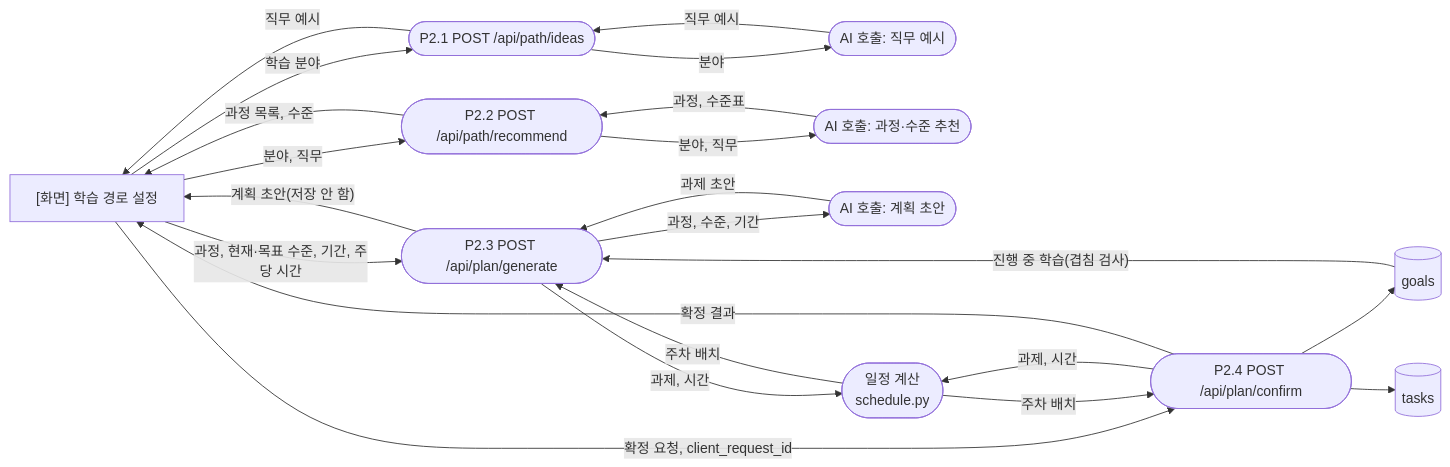
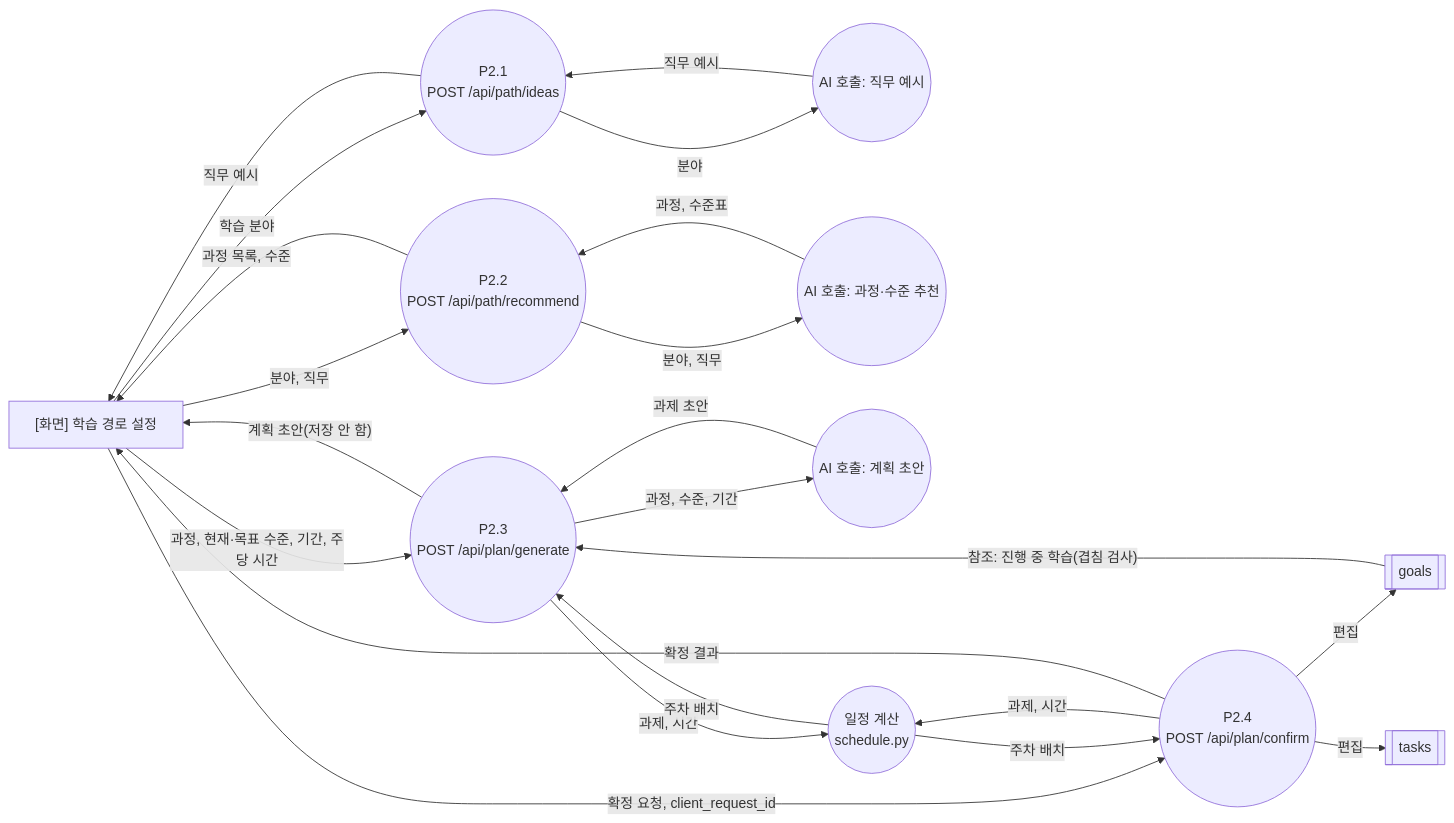
One commit to yong05610/ai-n-fprj changed the sixth of 13 diagrams in docs/architecture_dfd.md. Above: the diagram before and after it, drawn with Mermaid. The commit also changed other lines of this file, not shown here.

Commit message:
docs: DFD notation per user spec - level 0 context circle with organization terminals; level 1-2 circles, screen terminals, band data stores, curved flows labelled reference/edit

````diff
--- a/docs/architecture_dfd.md
+++ b/docs/architecture_dfd.md
@@ -309,36 +305,36 @@
 ```mermaid
+%%{init: {"flowchart": {"curve": "basis"}}}%%
 flowchart LR
     S["[화면] 학습 경로 설정"]
-    P21(["P2.1 POST /api/path/ideas"])
-    P22(["P2.2 POST /api/path/recommend"])
-    P23(["P2.3 POST /api/plan/generate"])
-    P24(["P2.4 POST /api/plan/confirm"])
-    A1(["AI 호출: 직무 예시"])
-    A2(["AI 호출: 과정·수준 추천"])
-    A3(["AI 호출: 계획 초안"])
-    SH(["일정 계산<br/>schedule.py"])
-    DG[("goals")]
-    DT[("tasks")]
-
+    P21(("P2.1<br/>POST /api/path/ideas"))
+    P22(("P2.2<br/>POST /api/path/recommend"))
+    P23(("P2.3<br/>POST /api/plan/generate"))
+    P24(("P2.4<br/>POST /api/plan/confirm"))
+    A1(("AI 호출: 직무 예시"))
+    A2(("AI 호출: 과정·수준 추천"))
+    A3(("AI 호출: 계획 초안"))
+    SH(("일정 계산<br/>schedule.py"))
+    DG[["goals"]]
+    DT[["tasks"]]
     S -->|"학습 분야"| P21
     P21 -->|"분야"| A1
     A1 -->|"직무 예시"| P21
     P21 -->|"직무 예시"| S
     S -->|"분야, 직무"| P22
     P22 -->|"분야, 직무"| A2
     A2 -->|"과정, 수준표"| P22
     P22 -->|"과정 목록, 수준"| S
     S -->|"과정, 현재·목표 수준, 기간, 주당 시간"| P23
-    DG -->|"진행 중 학습(겹침 검사)"| P23
+    DG -->|"참조: 진행 중 학습(겹침 검사)"| P23
     P23 -->|"과정, 수준, 기간"| A3
     A3 -->|"과제 초안"| P23
     P23 -->|"과제, 시간"| SH
     SH -->|"주차 배치"| P23
     P23 -->|"계획 초안(저장 안 함)"| S
     S -->|"확정 요청, client_request_id"| P24
     P24 -->|"과제, 시간"| SH
     SH -->|"주차 배치"| P24
-    P24 --> DG
-    P24 --> DT
+    P24 -->|"편집"| DG
+    P24 -->|"편집"| DT
     P24 -->|"확정 결과"| S
 ```
````
